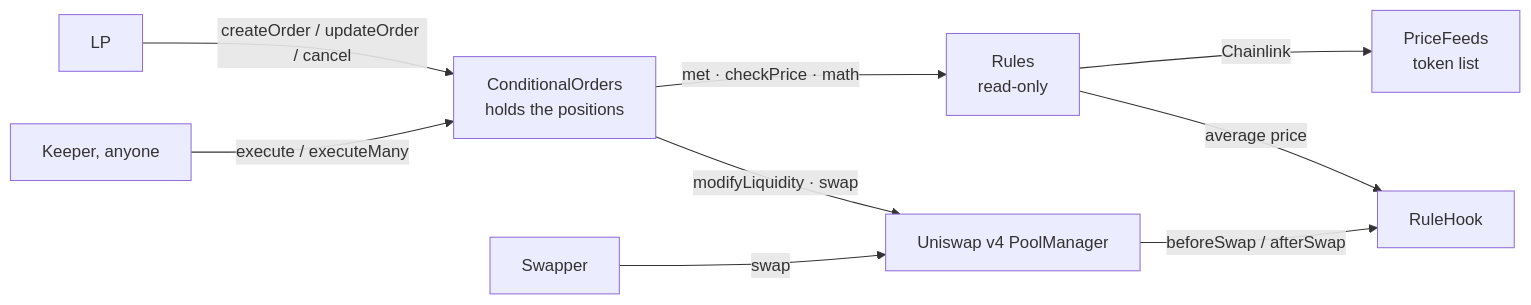
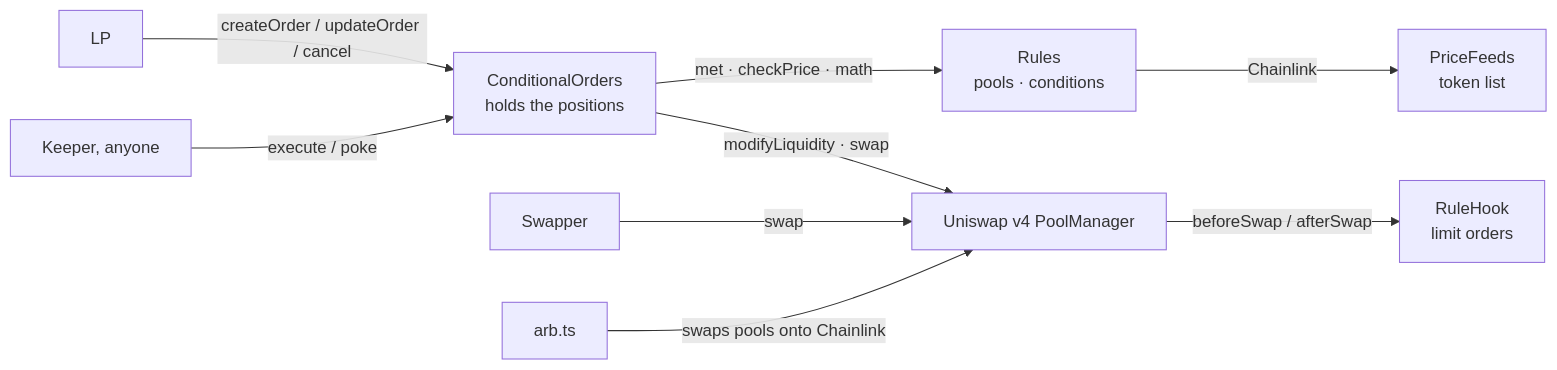
The diagram in README.md (Ronnieraj37/alucard), drawn with Mermaid before and after one commit. The commit also changed other lines of this file and 70 other files, not shown here.

````diff
--- a/README.md
+++ b/README.md
@@ -32,11 +33,11 @@
 ```mermaid
 flowchart LR
   LP[LP] -- createOrder / updateOrder / cancel --> CO[ConditionalOrders<br/>holds the positions]
-  K[Keeper, anyone] -- execute / executeMany --> CO
-  CO -- met · checkPrice · math --> R[Rules<br/>read-only]
+  K[Keeper, anyone] -- execute / poke --> CO
+  CO -- met · checkPrice · math --> R[Rules<br/>pools · conditions]
   R -- Chainlink --> PF[PriceFeeds<br/>token list]
   CO -- modifyLiquidity · swap --> PM[Uniswap v4 PoolManager]
   S[Swapper] -- swap --> PM
-  PM -- beforeSwap / afterSwap --> H[RuleHook]
-  R -- average price --> H
+  PM -- beforeSwap / afterSwap --> H[RuleHook<br/>limit orders]
+  A[arb.ts] -- swaps pools onto Chainlink --> PM
 ```
````
